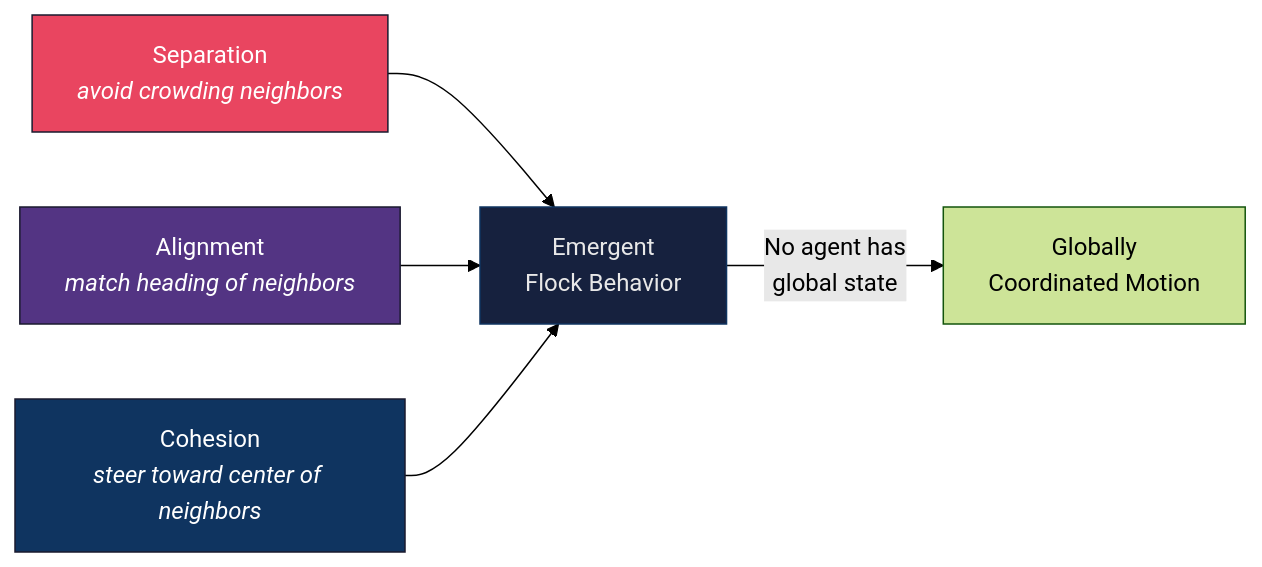
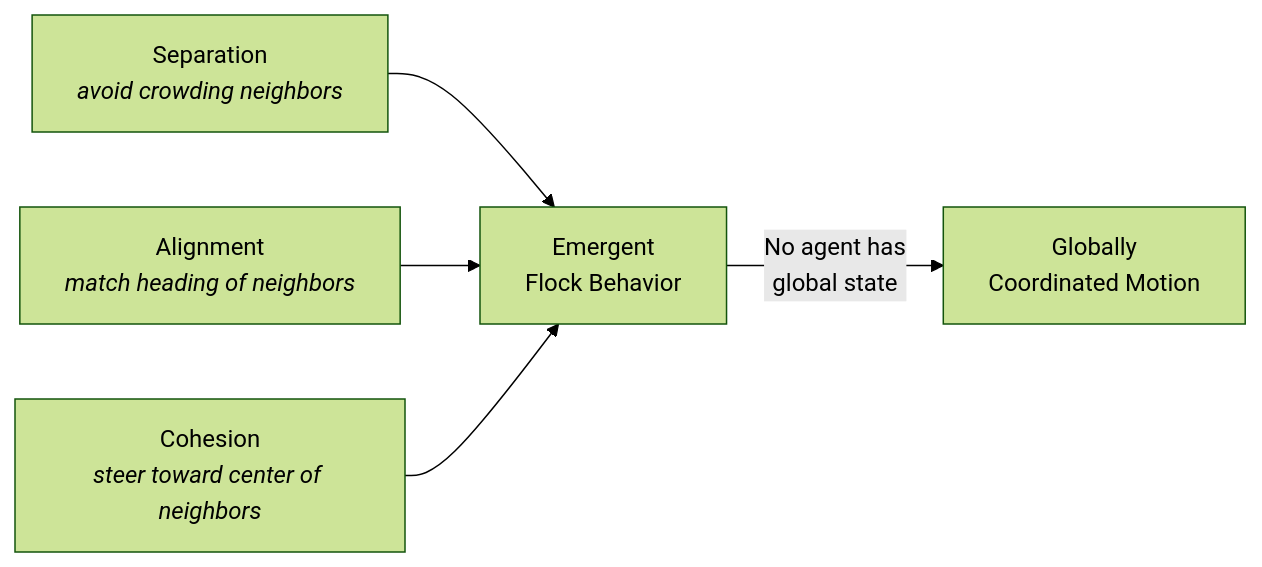
One commit to docxology/codomyrmex changed the second of 3 diagrams in docs/bio/swarm_intelligence.md. Above: the diagram before and after it, drawn with Mermaid (forest theme). The commit also changed other lines of this file and 86 other files, not shown here.

````diff
--- a/docs/bio/swarm_intelligence.md
+++ b/docs/bio/swarm_intelligence.md
@@ -61,17 +61,12 @@
 ```mermaid
 graph LR
     SEP["Separation<br/><i>avoid crowding neighbors</i>"]
     ALI["Alignment<br/><i>match heading of neighbors</i>"]
     COH["Cohesion<br/><i>steer toward center of neighbors</i>"]
 
     SEP --> FLOCK["Emergent<br/>Flock Behavior"]
     ALI --> FLOCK
     COH --> FLOCK
 
     FLOCK --> |"No agent has<br/>global state"| GLOBAL["Globally<br/>Coordinated Motion"]
-
-    style SEP fill:#e94560,stroke:#1a1a2e,color:#fff
-    style ALI fill:#533483,stroke:#1a1a2e,color:#fff
-    style COH fill:#0f3460,stroke:#1a1a2e,color:#fff
-    style FLOCK fill:#16213e,stroke:#0f3460,color:#e8e8e8
 ```
````
